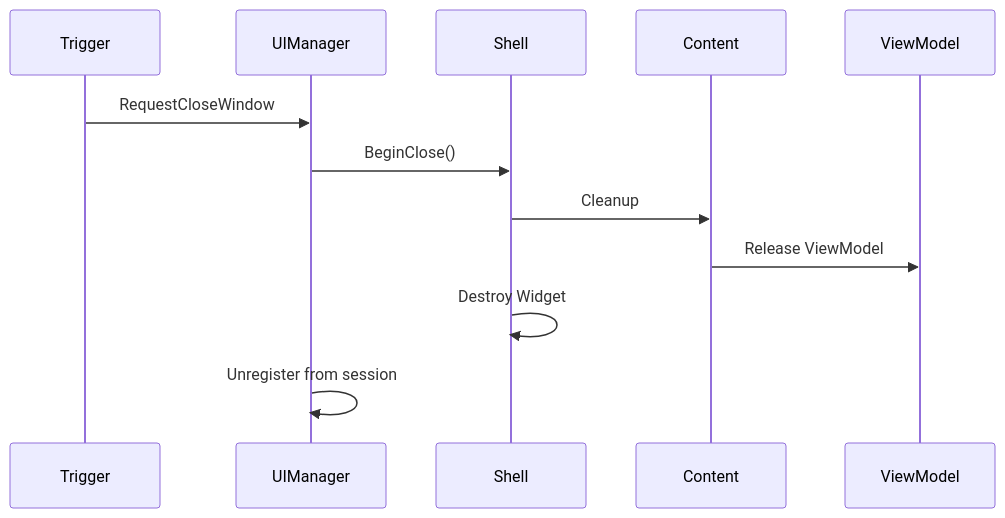
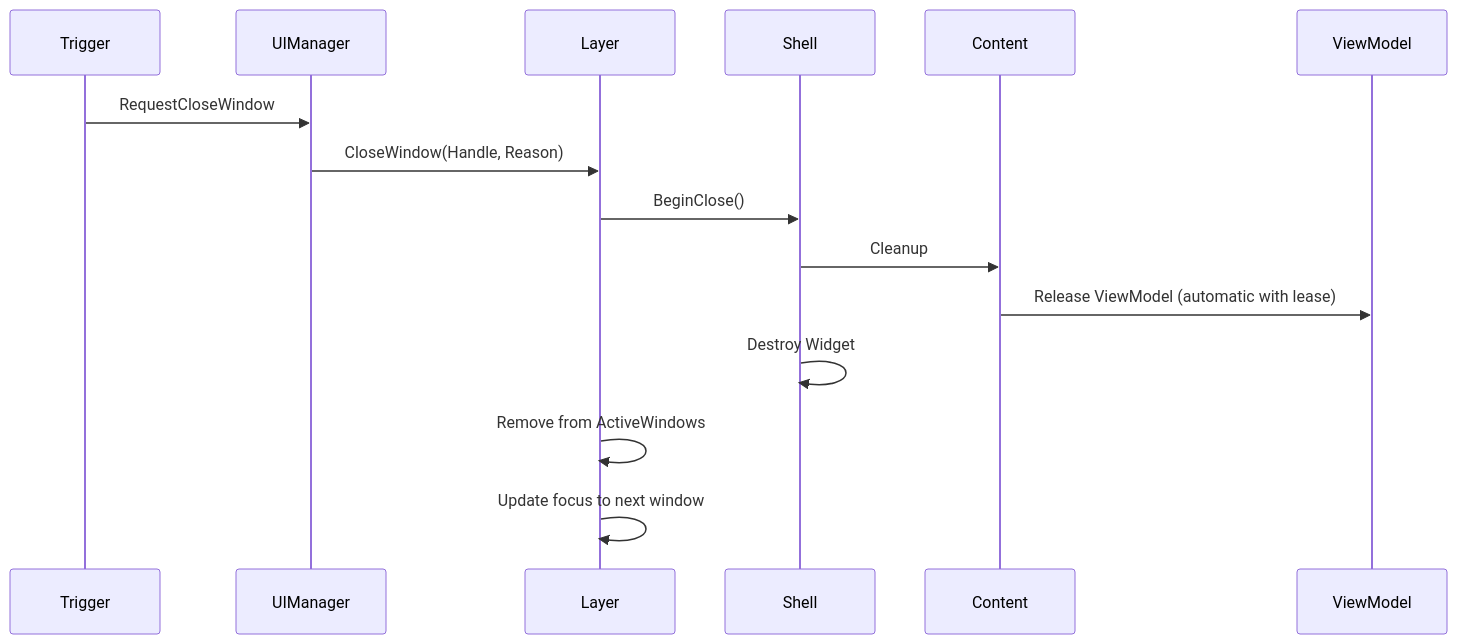
Before and after one commit to outliyr/outliyr-docs: the third of 4 diagrams in outliyr-framework/docs/base-lyra-modified/ui/item-container-ui-system/the-windowing-system/window-lifecycle.md, drawn with Mermaid. The commit also changed other lines of this file and 33 other files, not shown here.

````diff
--- a/outliyr-framework/docs/base-lyra-modified/ui/item-container-ui-system/the-windowing-system/window-lifecycle.md
+++ b/outliyr-framework/docs/base-lyra-modified/ui/item-container-ui-system/the-windowing-system/window-lifecycle.md
@@ -121,15 +125,18 @@
 ```mermaid
 sequenceDiagram
     participant Trigger
     participant UIManager
+    participant Layer
     participant Shell
     participant Content
     participant ViewModel
 
     Trigger->>UIManager: RequestCloseWindow
-    UIManager->>Shell: BeginClose()
+    UIManager->>Layer: CloseWindow(Handle, Reason)
+    Layer->>Shell: BeginClose()
     Shell->>Content: Cleanup
-    Content->>ViewModel: Release ViewModel
+    Content->>ViewModel: Release ViewModel (automatic with lease)
     Shell->>Shell: Destroy Widget
-    UIManager->>UIManager: Unregister from session
+    Layer->>Layer: Remove from ActiveWindows
+    Layer->>Layer: Update focus to next window
 ```
````
